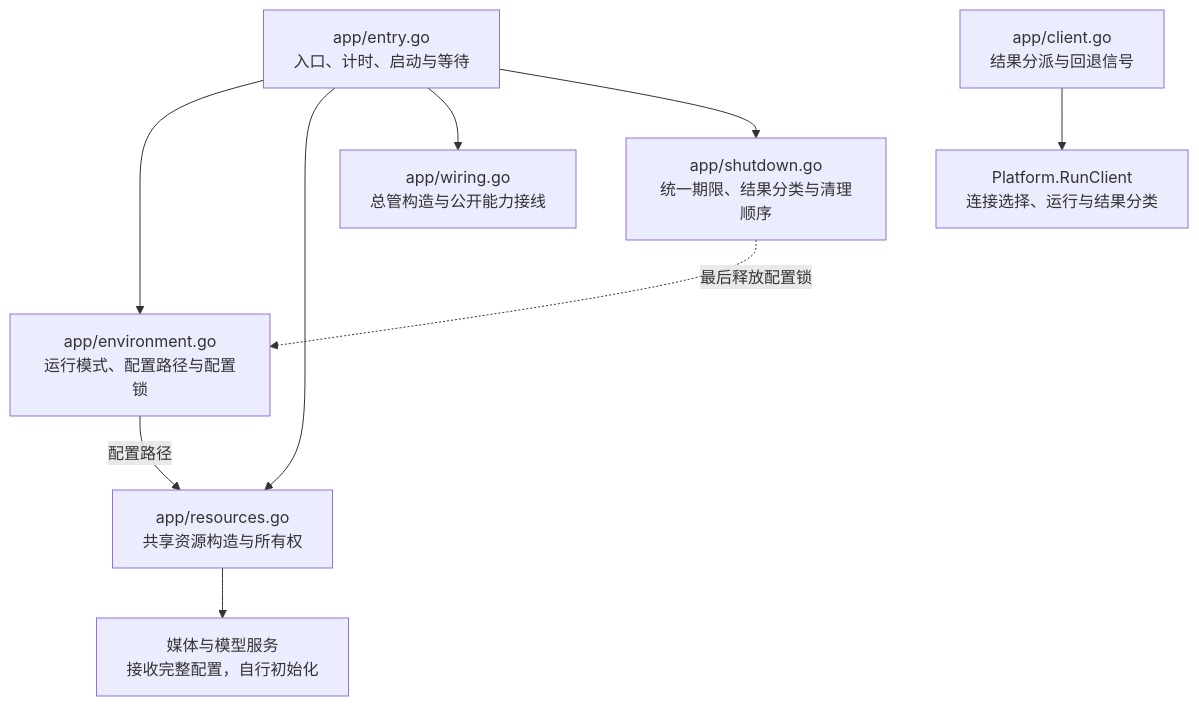
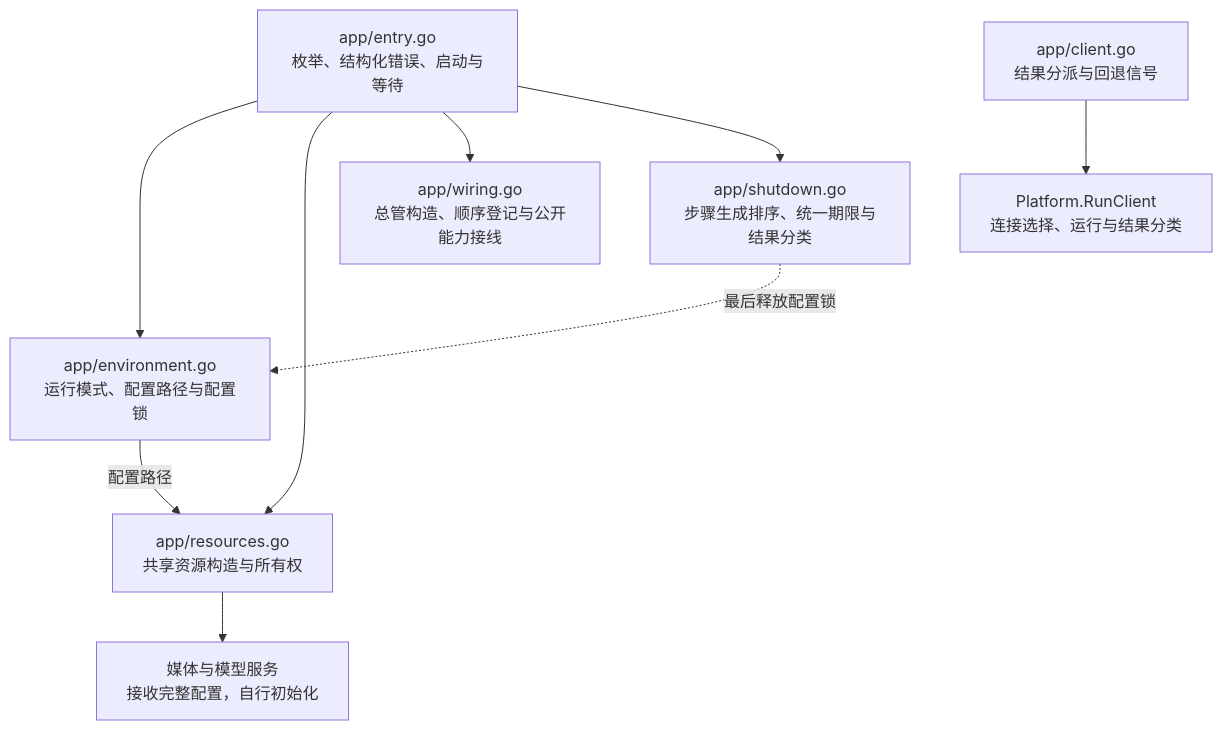
The second of 15 diagrams in devdocs/architecture.md (Elflare/elbot), drawn with Mermaid before and after one commit. The commit also changed other lines of this file and 41 other files, not shown here.

````diff
--- a/devdocs/architecture.md
+++ b/devdocs/architecture.md
@@ -54,14 +54,14 @@
 ```mermaid
 flowchart TB
-    E["app/entry.go<br/>入口、计时、启动与等待"]
+    E["app/entry.go<br/>枚举、结构化错误、启动与等待"]
     ENV["app/environment.go<br/>运行模式、配置路径与配置锁"]
     R["app/resources.go<br/>共享资源构造与所有权"]
-    W["app/wiring.go<br/>总管构造与公开能力接线"]
-    S["app/shutdown.go<br/>统一期限、结果分类与清理顺序"]
+    W["app/wiring.go<br/>总管构造、顺序登记与公开能力接线"]
+    S["app/shutdown.go<br/>步骤生成排序、统一期限与结果分类"]
     C["app/client.go<br/>结果分派与回退信号"]
     E --> ENV & R & W & S
     ENV -->|配置路径| R
     R --> M["媒体与模型服务<br/>接收完整配置，自行初始化"]
     C --> P["Platform.RunClient<br/>连接选择、运行与结果分类"]
     S -.->|最后释放配置锁| ENV
 ```
````
